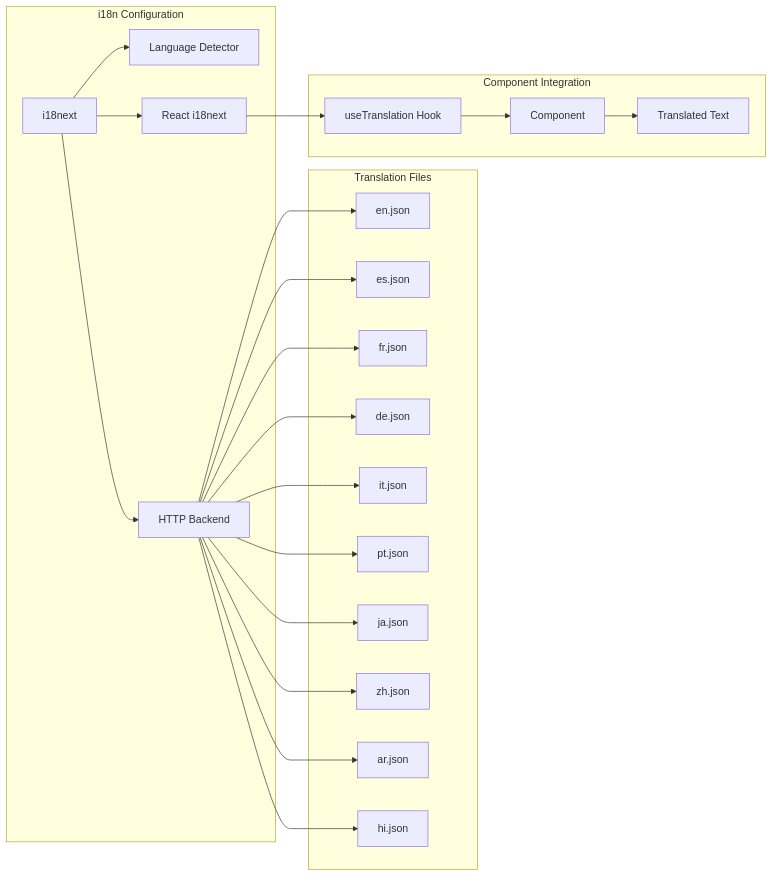
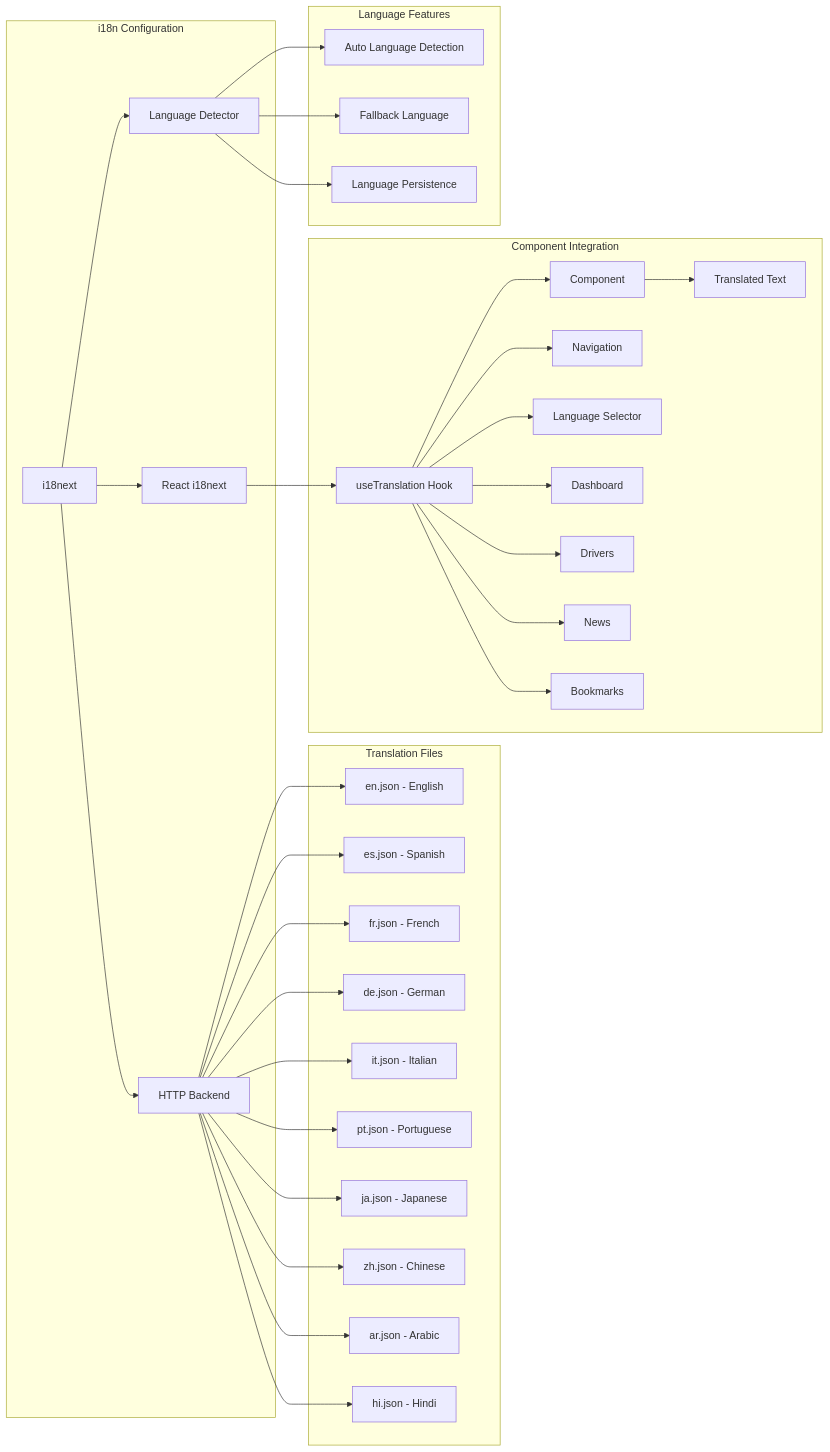
Before and after one commit to parnamail/abc-racing: the eighth of 11 diagrams in ARCHITECTURE_DIAGRAM.md, drawn with Mermaid. The commit also changed other lines of this file, not shown here.

Commit message:
Architecture diagram updated

````diff
--- a/ARCHITECTURE_DIAGRAM.md
+++ b/ARCHITECTURE_DIAGRAM.md
@@ -317,28 +418,41 @@
 ```mermaid
 flowchart LR
     subgraph "i18n Configuration"
         i18n[i18next]
         i18n --> LanguageDetector[Language Detector]
         i18n --> Backend[HTTP Backend]
         i18n --> ReactI18n[React i18next]
     end
 
     subgraph "Translation Files"
-        Backend --> EN[en.json]
-        Backend --> ES[es.json]
-        Backend --> FR[fr.json]
-        Backend --> DE[de.json]
-        Backend --> IT[it.json]
-        Backend --> PT[pt.json]
-        Backend --> JA[ja.json]
-        Backend --> ZH[zh.json]
-        Backend --> AR[ar.json]
-        Backend --> HI[hi.json]
+        Backend --> EN[en.json - English]
+        Backend --> ES[es.json - Spanish]
+        Backend --> FR[fr.json - French]
+        Backend --> DE[de.json - German]
+        Backend --> IT[it.json - Italian]
+        Backend --> PT[pt.json - Portuguese]
+        Backend --> JA[ja.json - Japanese]
+        Backend --> ZH[zh.json - Chinese]
+        Backend --> AR[ar.json - Arabic]
+        Backend --> HI[hi.json - Hindi]
     end
 
     subgraph "Component Integration"
         ReactI18n --> useTranslation[useTranslation Hook]
         useTranslation --> Component[Component]
         Component --> TranslatedText[Translated Text]
+        
+        useTranslation --> Navigation[Navigation]
+        useTranslation --> LanguageSelector[Language Selector]
+        useTranslation --> Dashboard[Dashboard]
+        useTranslation --> Drivers[Drivers]
+        useTranslation --> News[News]
+        useTranslation --> Bookmarks[Bookmarks]
+    end
+
+    subgraph "Language Features"
+        LanguageDetector --> AutoDetection[Auto Language Detection]
+        LanguageDetector --> Fallback[Fallback Language]
+        LanguageDetector --> Persistence[Language Persistence]
     end
 ```
````
